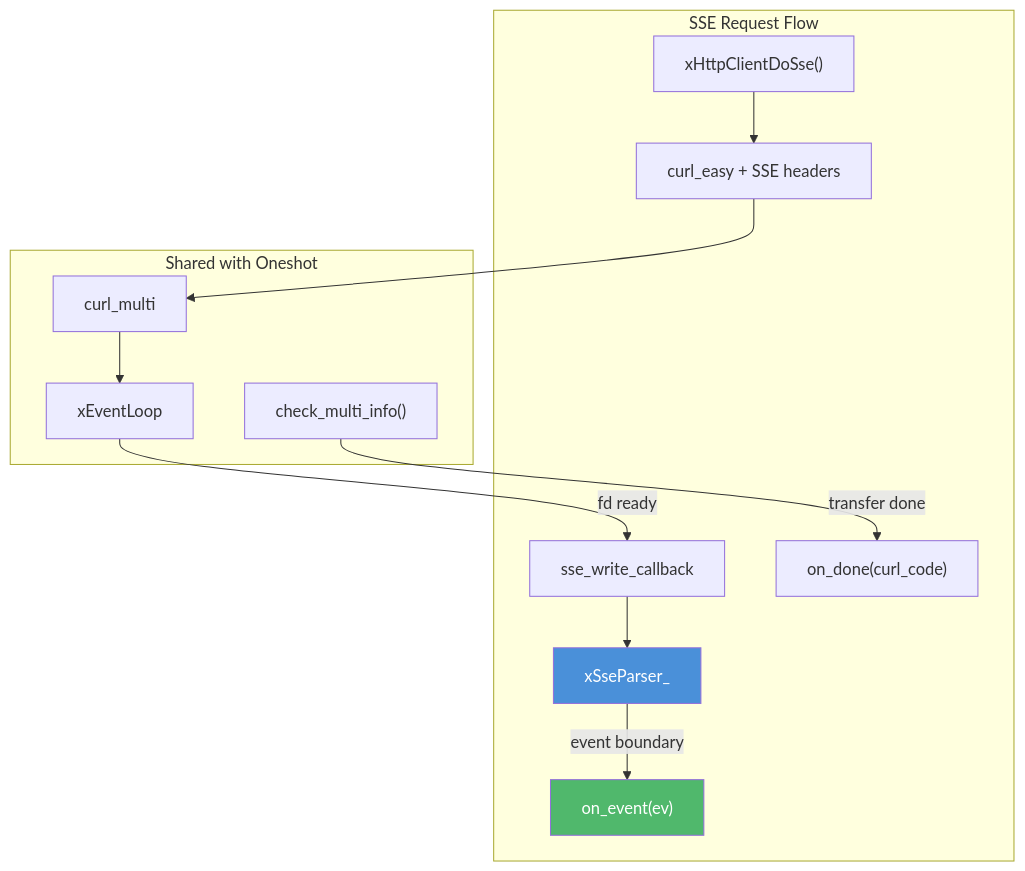
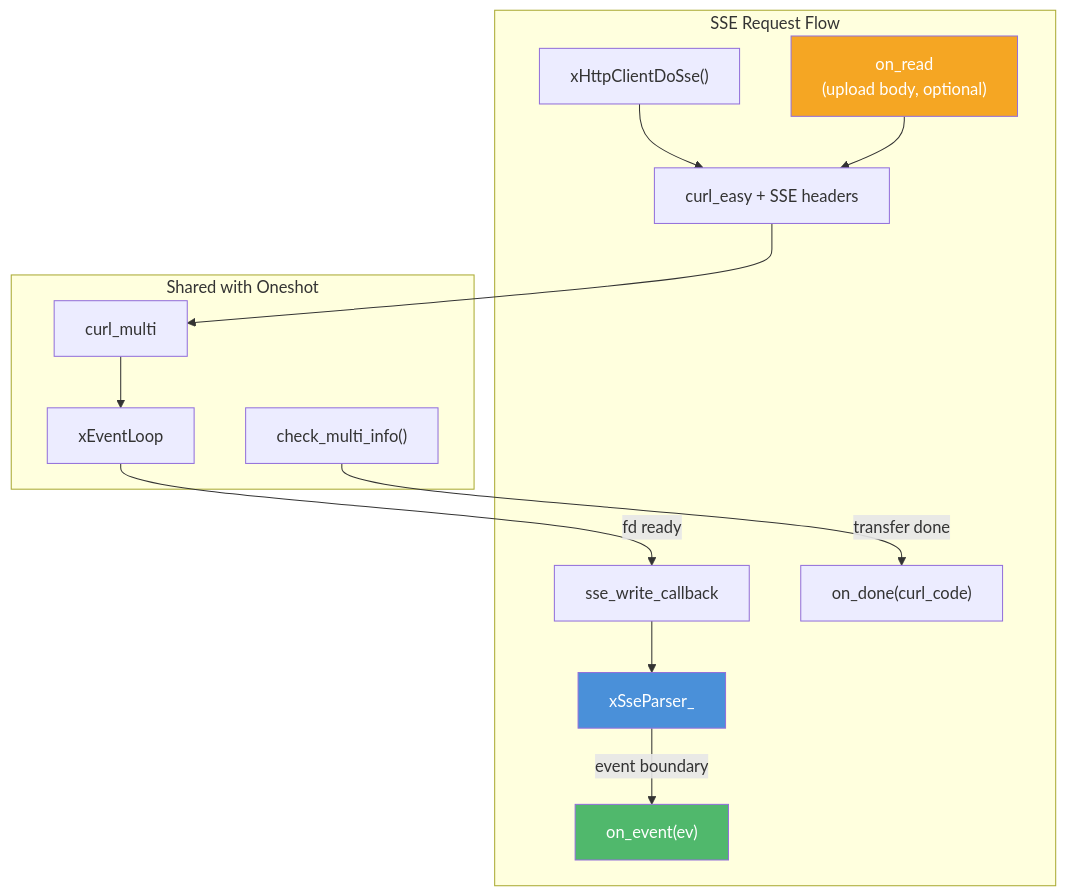
The first of 3 diagrams in docs/libx/http/sse.md (mivinci/x), drawn with Mermaid before and after one commit. The commit also changed other lines of this file and 6 other files, not shown here.

````diff
--- a/docs/libx/http/sse.md
+++ b/docs/libx/http/sse.md
@@ -19,28 +21,31 @@
 ```mermaid
 graph TD
     subgraph "SSE Request Flow"
         SUBMIT["xHttpClientDoSse()"]
         EASY["curl_easy + SSE headers"]
+        READ["on_read<br/>(upload body, optional)"]
         WRITE["sse_write_callback"]
         PARSER["xSseParser_"]
         EVENT["on_event(ev)"]
         DONE["on_done(curl_code)"]
     end
 
     subgraph "Shared with Oneshot"
         MULTI["curl_multi"]
         LOOP["xEventLoop"]
         CHECK["check_multi_info()"]
     end
 
     SUBMIT --> EASY
     EASY --> MULTI
     MULTI --> LOOP
+    READ --> EASY
     LOOP -->|"fd ready"| WRITE
     WRITE --> PARSER
     PARSER -->|"event boundary"| EVENT
     CHECK -->|"transfer done"| DONE
 
     style PARSER fill:#4a90d9,color:#fff
     style EVENT fill:#50b86c,color:#fff
+    style READ fill:#f5a623,color:#fff
 ```
````
